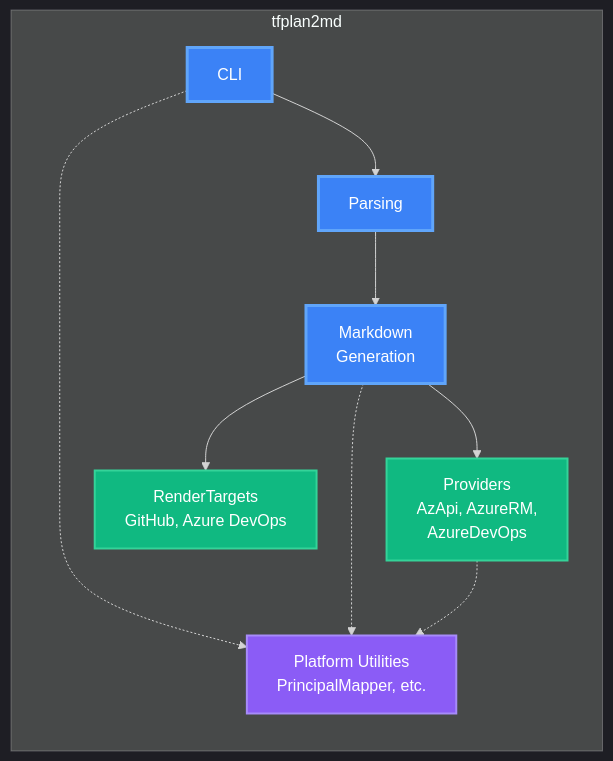
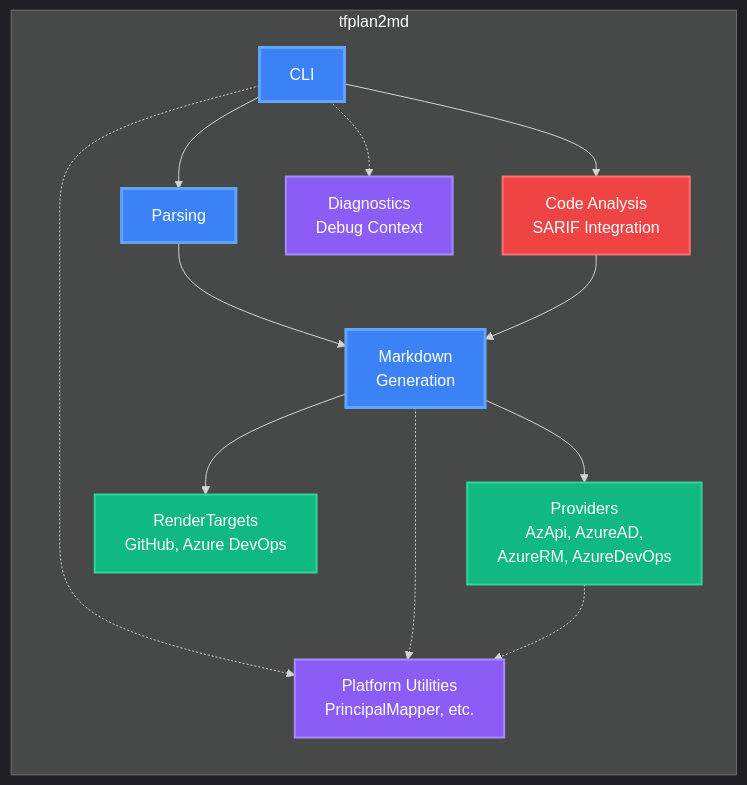
Before and after one commit to Wolfsrudel/iac-hc-terraform-tfplan2md: the third of 18 diagrams in docs/architecture.md, drawn with Mermaid. The commit also changed other lines of this file, not shown here.

Commit message:
docs: comprehensive update to architecture.md reflecting current implementation

````diff
--- a/docs/architecture.md
+++ b/docs/architecture.md
@@ -262,28 +336,35 @@
 ```mermaid
 %%{init: {'theme':'dark', 'themeVariables': { 'fontSize':'16px', 'fontFamily':'ui-sans-serif, system-ui, sans-serif'}}}%%
 flowchart LR
     classDef componentNode fill:#3b82f6,stroke:#60a5fa,stroke-width:3px,color:#ffffff
     classDef utilNode fill:#8b5cf6,stroke:#a78bfa,stroke-width:2px,color:#ffffff
     classDef providerNode fill:#10b981,stroke:#34d399,stroke-width:2px,color:#ffffff
+    classDef analysisNode fill:#ef4444,stroke:#f87171,stroke-width:2px,color:#ffffff
     
     subgraph tfplan2md
         CLI[CLI]
         Parsing[Parsing]
         Markdown[Markdown<br/>Generation]
-        Providers[Providers<br/>AzApi, AzureRM,<br/>AzureDevOps]
+        Providers[Providers<br/>AzApi, AzureAD,<br/>AzureRM, AzureDevOps]
         RenderTargets[RenderTargets<br/>GitHub, Azure DevOps]
+        CodeAnalysis[Code Analysis<br/>SARIF Integration]
         Platforms[Platform Utilities<br/>PrincipalMapper, etc.]
+        Diagnostics[Diagnostics<br/>Debug Context]
         
         CLI --> Parsing
+        CLI --> CodeAnalysis
         Parsing --> Markdown
+        CodeAnalysis --> Markdown
         Markdown --> Providers
         Markdown --> RenderTargets
         CLI -.-> Platforms
         Markdown -.-> Platforms
         Providers -.-> Platforms
+        CLI -.-> Diagnostics
     end
     
     class CLI,Parsing,Markdown componentNode
     class Providers,RenderTargets providerNode
-    class Platforms utilNode
+    class Platforms,Diagnostics utilNode
+    class CodeAnalysis analysisNode
 ```
````
